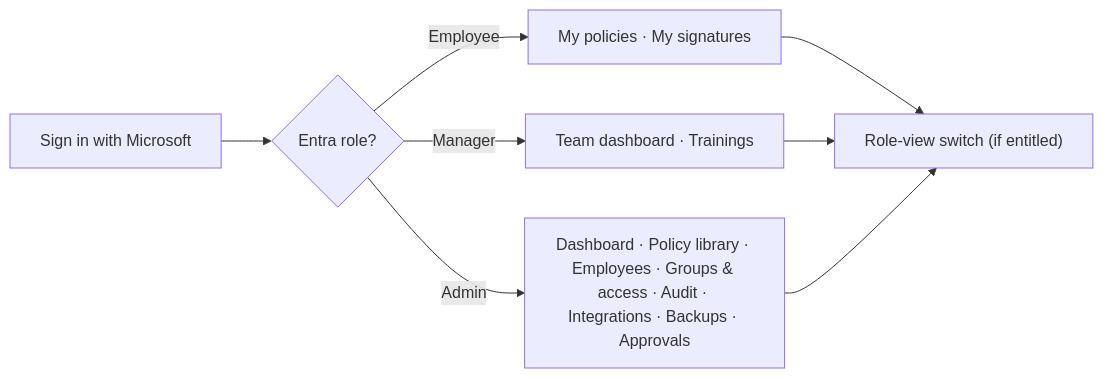
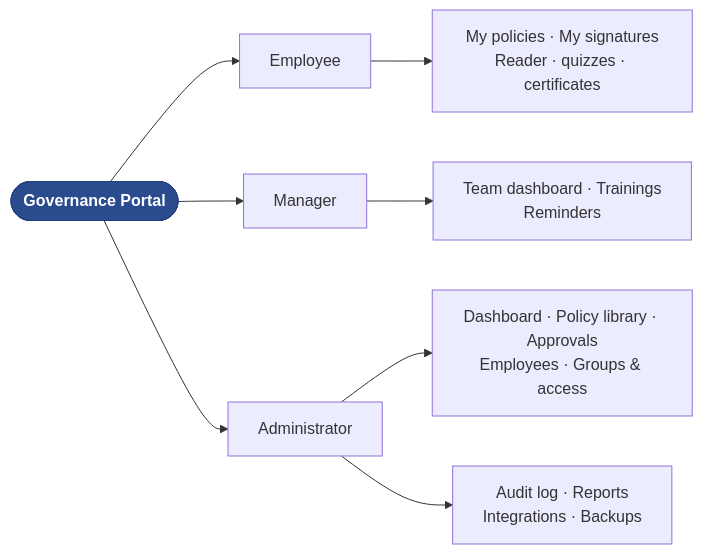
The first of 31 diagrams in docs/FUNCTIONAL-FLOWS.md (nicpozent/GovernancePortal_Latest), drawn with Mermaid before and after one commit. The commit also changed other lines of this file and 6 other files, not shown here.

First line of the commit message:
docs: rebuild Functional Flows & SoW to the flow-package template

````diff
--- a/docs/FUNCTIONAL-FLOWS.md
+++ b/docs/FUNCTIONAL-FLOWS.md
@@ -58,10 +98,12 @@
 ```mermaid
-flowchart LR
-  SI["Sign in with Microsoft"] --> ROLE{"Entra role?"}
-  ROLE -->|Employee| EMP["My policies · My signatures"]
-  ROLE -->|Manager| MGR["Team dashboard · Trainings"]
-  ROLE -->|Admin| ADM["Dashboard · Policy library · Employees · Groups & access · Audit · Integrations · Backups · Approvals"]
-  EMP --> SW["Role-view switch (if entitled)"]
-  MGR --> SW
-  ADM --> SW
+graph LR
+  APP(["Governance Portal"]):::start
+  APP --> EMP["Employee"]
+  APP --> MGR["Manager"]
+  APP --> ADM["Administrator"]
+  EMP --> E1["My policies · My signatures<br/>Reader · quizzes · certificates"]
+  MGR --> M1["Team dashboard · Trainings<br/>Reminders"]
+  ADM --> A1["Dashboard · Policy library · Approvals<br/>Employees · Groups & access"]
+  ADM --> A2["Audit log · Reports<br/>Integrations · Backups"]
+  classDef start fill:#2a4c8f,stroke:#22407a,color:#ffffff,font-weight:600;
 ```
````
